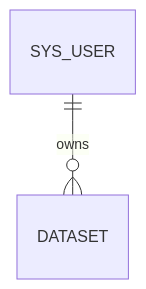
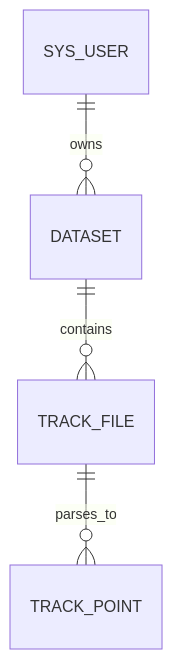
One commit to comi-master/track-evaluation-platform changed the diagram in docs/database.md. Above: the diagram before and after it, drawn with Mermaid. The commit also changed other lines of this file and 45 other files, not shown here.

````diff
--- a/docs/database.md
+++ b/docs/database.md
@@ -13,4 +15,6 @@
 ```mermaid
 erDiagram
     SYS_USER ||--o{ DATASET : owns
+    DATASET ||--o{ TRACK_FILE : contains
+    TRACK_FILE ||--o{ TRACK_POINT : parses_to
 ```
````
